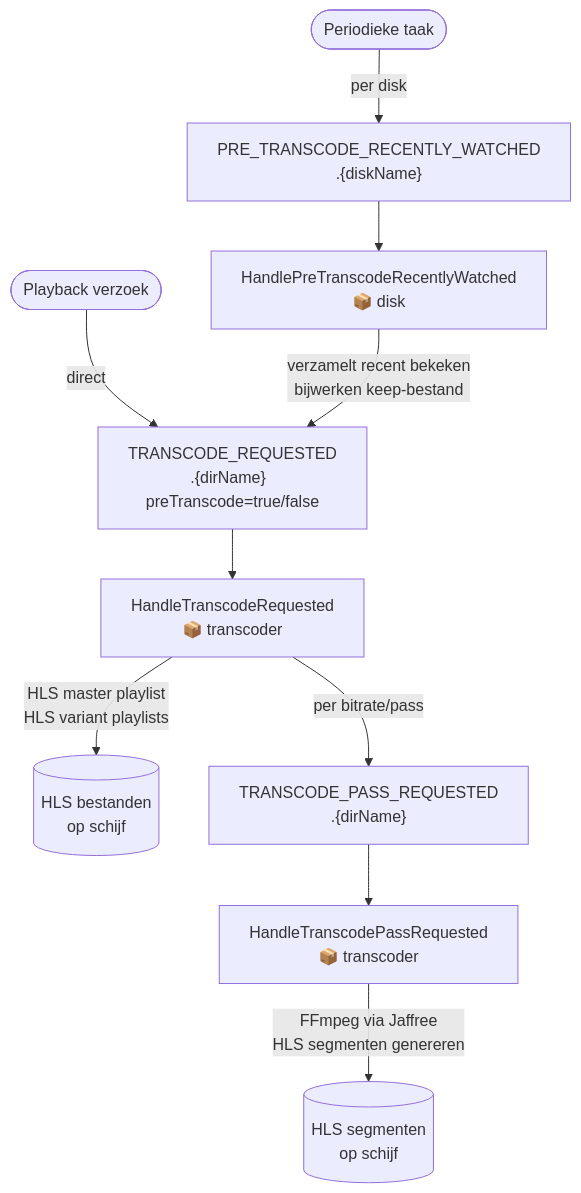
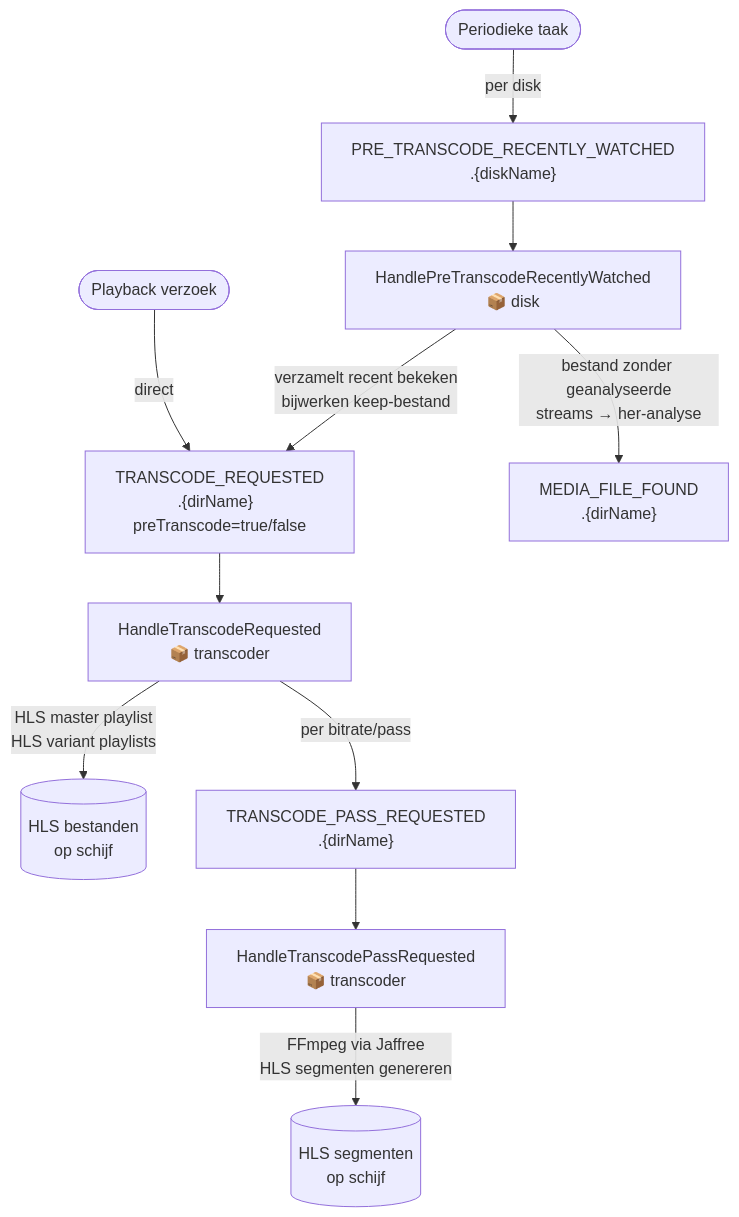
One commit to ister-app/server changed the fifth of 6 diagrams in EVENT_FLOWS.md. Above: the diagram before and after it, drawn with Mermaid. The commit also changed other lines of this file and 5 other files, not shown here.

Commit message:
Pretranscode flow

````diff
--- a/EVENT_FLOWS.md
+++ b/EVENT_FLOWS.md
@@ -150,18 +150,19 @@
 ```mermaid
 flowchart TD
     TrigA([Periodieke taak]) -->|"per disk"| A
     TrigB([Playback verzoek]) -->|direct| B
 
     A["PRE_TRANSCODE_RECENTLY_WATCHED\n.{diskName}"]
     A --> PA["HandlePreTranscodeRecentlyWatched\n📦 disk"]
     PA -->|"verzamelt recent bekeken\nbijwerken keep-bestand"| B
+    PA -->|"bestand zonder geanalyseerde\nstreams → her-analyse"| MFF["MEDIA_FILE_FOUND\n.{dirName}"]
 
     B["TRANSCODE_REQUESTED\n.{dirName}  preTranscode=true/false"]
     B --> PB["HandleTranscodeRequested\n📦 transcoder"]
     PB -->|"HLS master playlist\nHLS variant playlists"| FS1[("HLS bestanden\nop schijf")]
     PB -->|"per bitrate/pass"| C
 
     C["TRANSCODE_PASS_REQUESTED\n.{dirName}"]
     C --> PC["HandleTranscodePassRequested\n📦 transcoder"]
     PC -->|"FFmpeg via Jaffree\nHLS segmenten genereren"| FS2[("HLS segmenten\nop schijf")]
 ```
````
